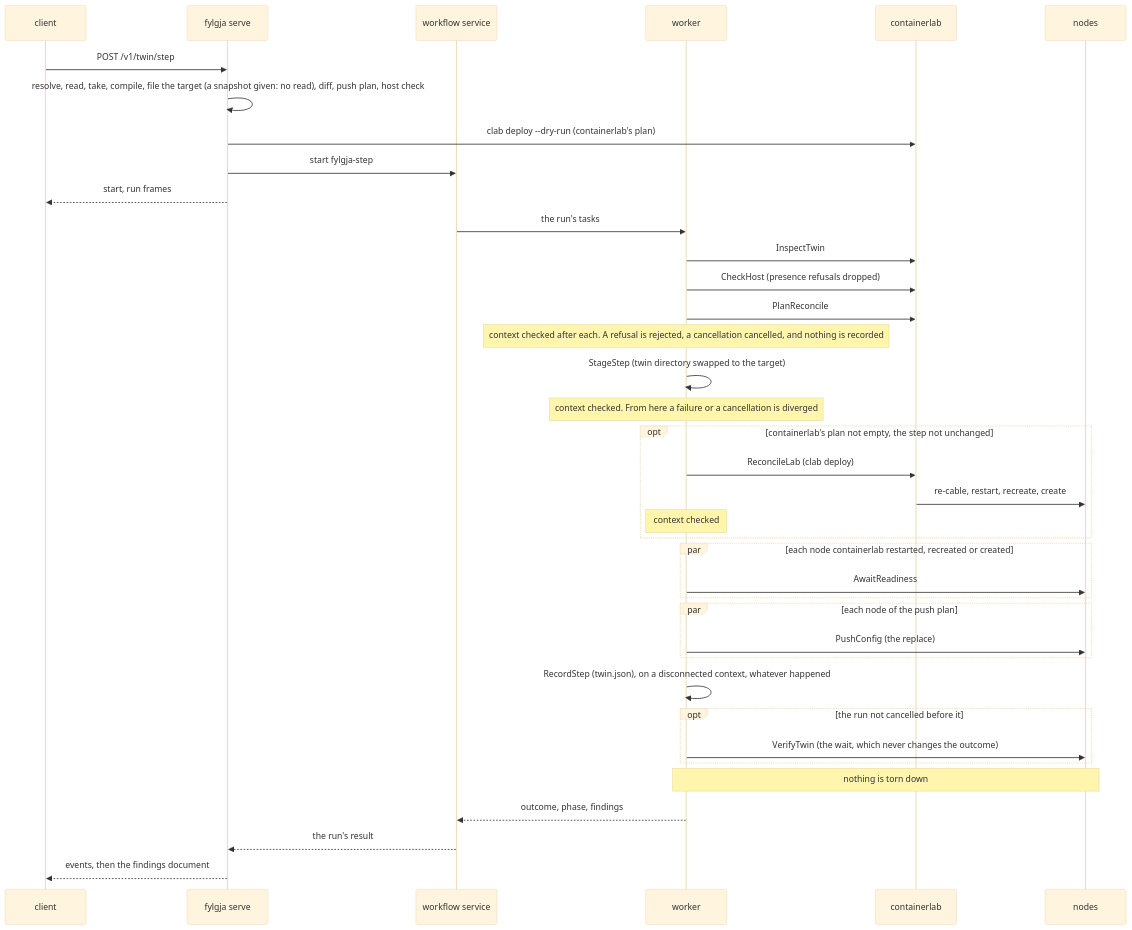
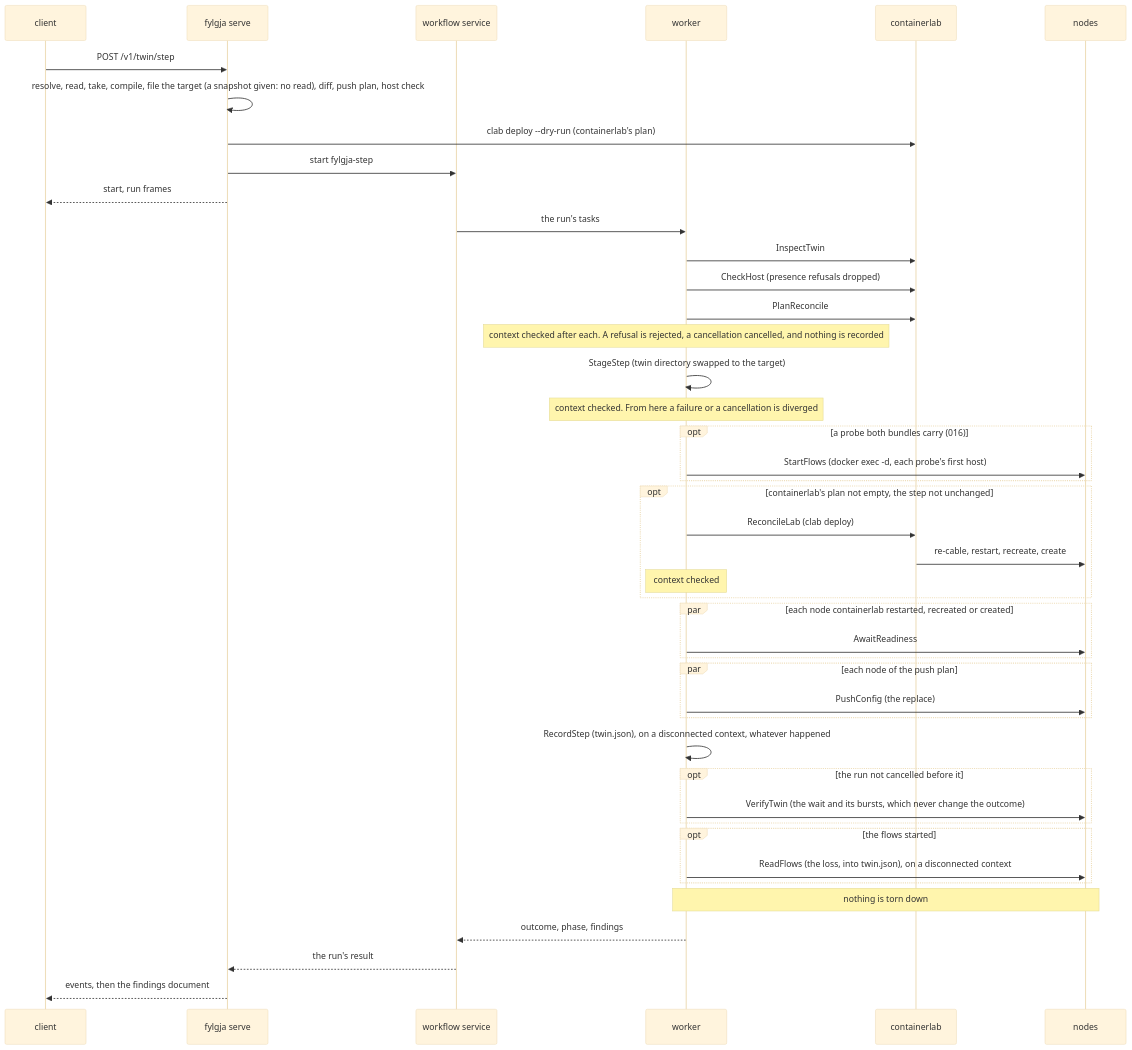
One commit to happypathnetworking/fylgja changed the fourth of 5 diagrams in docs/architecture.md. Above: the diagram before and after it, drawn with Mermaid (base theme). The commit also changed other lines of this file and 2 other files, not shown here.

First line of the commit message:
docs(016): the architecture and the development guide say what probes are (T038)

````diff
--- a/docs/architecture.md
+++ b/docs/architecture.md
@@ -881,40 +968,46 @@
 ```mermaid
 sequenceDiagram
     participant C as client
     participant S as fylgja serve
     participant T as workflow service
     participant W as worker
     participant L as containerlab
     participant N as nodes
     C->>S: POST /v1/twin/step
     S->>S: resolve, read, take, compile, file the target (a snapshot given: no read), diff, push plan, host check
     S->>L: clab deploy --dry-run (containerlab's plan)
     S->>T: start fylgja-step
     S-->>C: start, run frames
     T->>W: the run's tasks
     W->>L: InspectTwin
     W->>L: CheckHost (presence refusals dropped)
     W->>L: PlanReconcile
     Note over W: context checked after each. A refusal is rejected, a cancellation cancelled, and nothing is recorded
     W->>W: StageStep (twin directory swapped to the target)
     Note over W: context checked. From here a failure or a cancellation is diverged
+    opt a probe both bundles carry (016)
+        W->>N: StartFlows (docker exec -d, each probe's first host)
+    end
     opt containerlab's plan not empty, the step not unchanged
         W->>L: ReconcileLab (clab deploy)
         L->>N: re-cable, restart, recreate, create
         Note over W: context checked
     end
     par each node containerlab restarted, recreated or created
         W->>N: AwaitReadiness
     end
     par each node of the push plan
         W->>N: PushConfig (the replace)
     end
     W->>W: RecordStep (twin.json), on a disconnected context, whatever happened
     opt the run not cancelled before it
-        W->>N: VerifyTwin (the wait, which never changes the outcome)
+        W->>N: VerifyTwin (the wait and its bursts, which never change the outcome)
+    end
+    opt the flows started
+        W->>N: ReadFlows (the loss, into twin.json), on a disconnected context
     end
     Note over W,N: nothing is torn down
     W-->>T: outcome, phase, findings
     T-->>S: the run's result
     S-->>C: events, then the findings document
 ```
````
